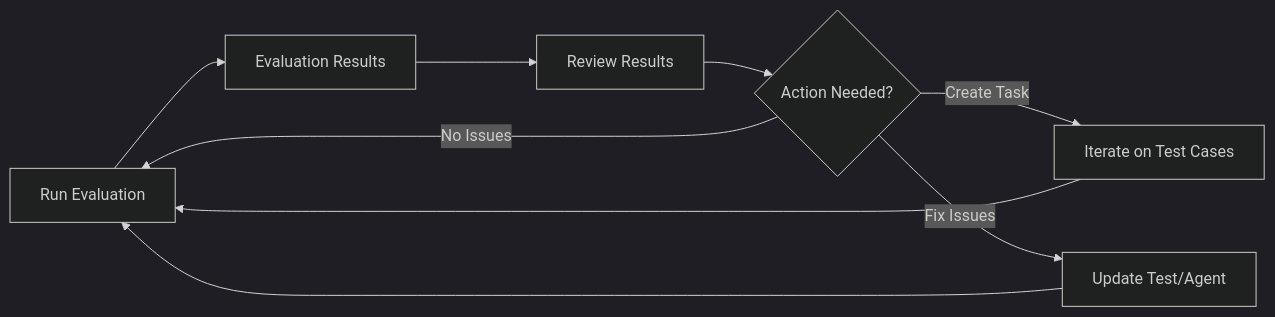
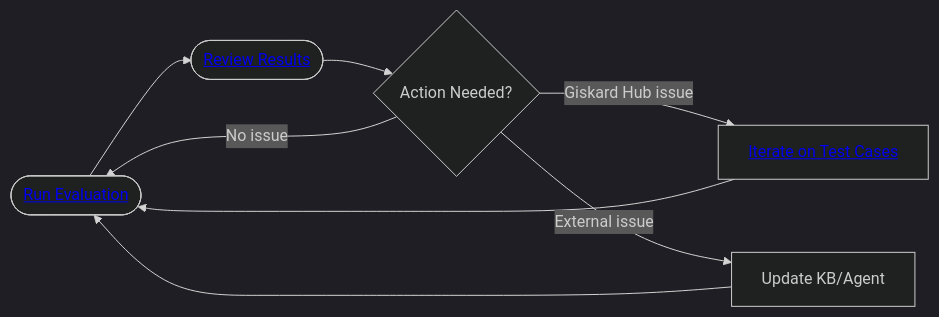
Before and after one commit to Giskard-AI/giskard-hub: the diagram in script-docs/hub/ui/evaluations/index.rst, drawn with Mermaid (dark theme). The commit also changed other lines of this file and 58 other files, not shown here.

```diff
--- a/script-docs/hub/ui/evaluations/index.rst
+++ b/script-docs/hub/ui/evaluations/index.rst
@@ -50,12 +50,11 @@
 .. mermaid::
    :align: center
 
    graph LR
-       A[Run Evaluation] --> B[Evaluation Results]
-       B --> C[Review Results]
+       A([<a href="create.html" target="_self">Run Evaluation</a>]) --> C([<a href="review-results.html" target="_self">Review Results</a>])
        C --> D{Action Needed?}
-       D -->|Create Task| E[Iterate on Test Cases]
-       D -->|Fix Issues| F[Update Test/Agent]
-       D -->|No Issues| A
+       D -->|Giskard Hub issue| E[<a href="../annotate/index.html" target="_self">Iterate on Test Cases</a>]
+       D -->|External issue| F[Update KB/Agent]
+       D -->|No issue| A
        E --> A
        F --> A
```
